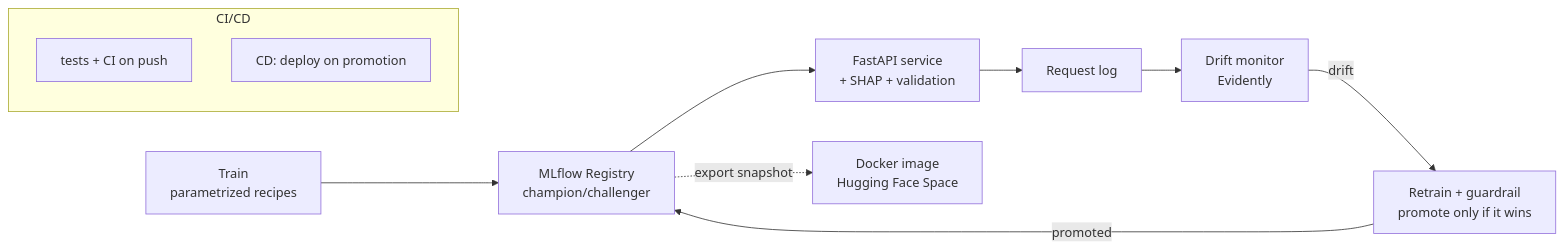
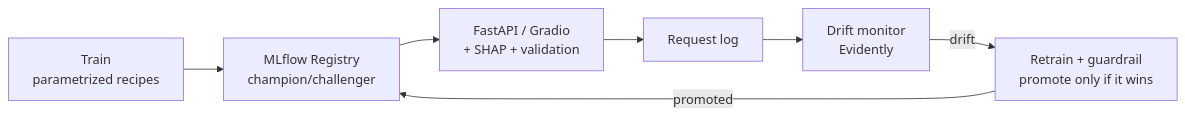
Before and after one commit to gauravk09/credit-distress-production: the diagram in README.md, drawn with Mermaid. The commit also changed other lines of this file and 39 other files, not shown here.

````diff
--- a/README.md
+++ b/README.md
@@ -14,14 +11,9 @@
 ```mermaid
 flowchart LR
     A[Train<br/>parametrized recipes] --> B[MLflow Registry<br/>champion/challenger]
-    B --> C[FastAPI service<br/>+ SHAP + validation]
+    B --> C[FastAPI / Gradio<br/>+ SHAP + validation]
     C --> D[Request log]
     D --> E[Drift monitor<br/>Evidently]
     E -->|drift| F[Retrain + guardrail<br/>promote only if it wins]
     F -->|promoted| B
-    B -.->|export snapshot| G[Docker image<br/>Hugging Face Space]
-    subgraph CI/CD
-      H[tests + CI on push]
-      I[CD: deploy on promotion]
-    end
 ```
````
